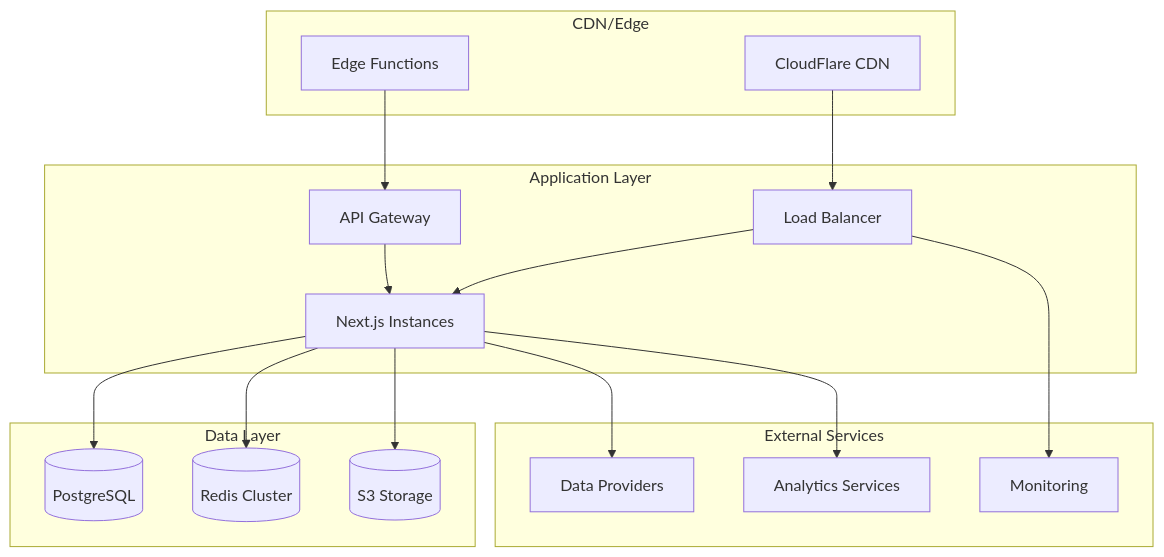
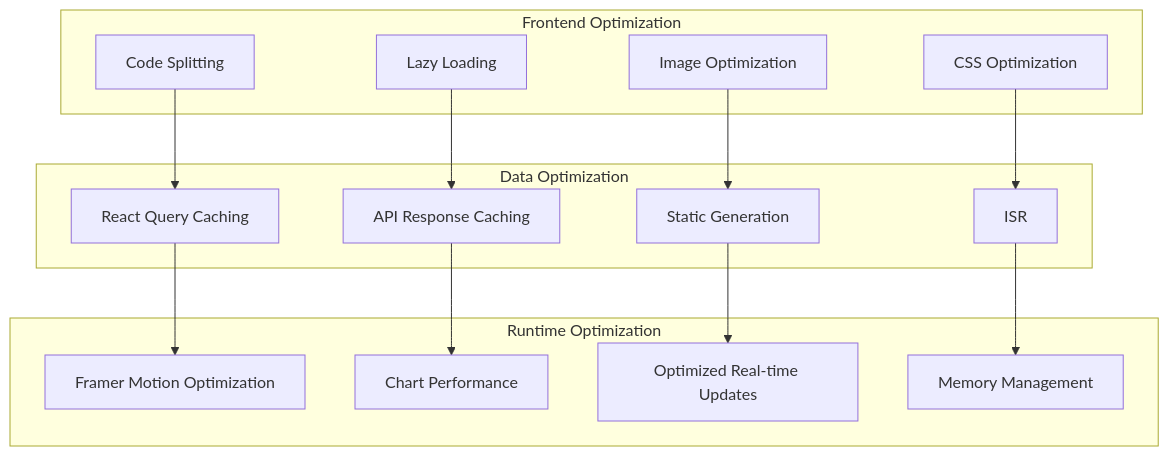
Diagram 11 of 14 in ARCHITECTURE.md (oxnr/picotop), drawn with Mermaid before and after one commit. The commit also changed other lines of this file and 12 other files, not shown here.

````diff
--- a/ARCHITECTURE.md
+++ b/ARCHITECTURE.md
@@ -402,39 +424,33 @@
 ```mermaid
 graph TB
-    subgraph "CDN/Edge"
-        CloudFlare[CloudFlare CDN]
-        EdgeFunctions[Edge Functions]
+    subgraph "Frontend Optimization"
+        CodeSplitting[Code Splitting]
+        LazyLoading[Lazy Loading]
+        ImageOptimization[Image Optimization]
+        CSSOptimization[CSS Optimization]
     end
     
-    subgraph "Application Layer"
-        LoadBalancer[Load Balancer]
-        NextJS[Next.js Instances]
-        API_Gateway[API Gateway]
+    subgraph "Data Optimization"
+        ReactQuery[React Query Caching]
+        APIResponseCaching[API Response Caching]
+        StaticGeneration[Static Generation]
+        IncrementalRegeneration[ISR]
     end
     
-    subgraph "Data Layer"
-        PostgreSQL[(PostgreSQL)]
-        Redis[(Redis Cluster)]
-        S3[(S3 Storage)]
+    subgraph "Runtime Optimization"
+        FramerMotionOptimization[Framer Motion Optimization]
+        ChartPerformance[Chart Performance]
+        RealTimeUpdates[Optimized Real-time Updates]
+        MemoryManagement[Memory Management]
     end
     
-    subgraph "External Services"
-        DataProviders[Data Providers]
-        Analytics[Analytics Services]
-        Monitoring[Monitoring]
-    end
+    CodeSplitting --> ReactQuery
+    LazyLoading --> APIResponseCaching
+    ImageOptimization --> StaticGeneration
+    CSSOptimization --> IncrementalRegeneration
     
-    CloudFlare --> LoadBalancer
-    EdgeFunctions --> API_Gateway
-    
-    LoadBalancer --> NextJS
-    API_Gateway --> NextJS
-    
-    NextJS --> PostgreSQL
-    NextJS --> Redis
-    NextJS --> S3
-    
-    NextJS --> DataProviders
-    NextJS --> Analytics
-    LoadBalancer --> Monitoring
+    ReactQuery --> FramerMotionOptimization
+    APIResponseCaching --> ChartPerformance
+    StaticGeneration --> RealTimeUpdates
+    IncrementalRegeneration --> MemoryManagement
 ```
````
